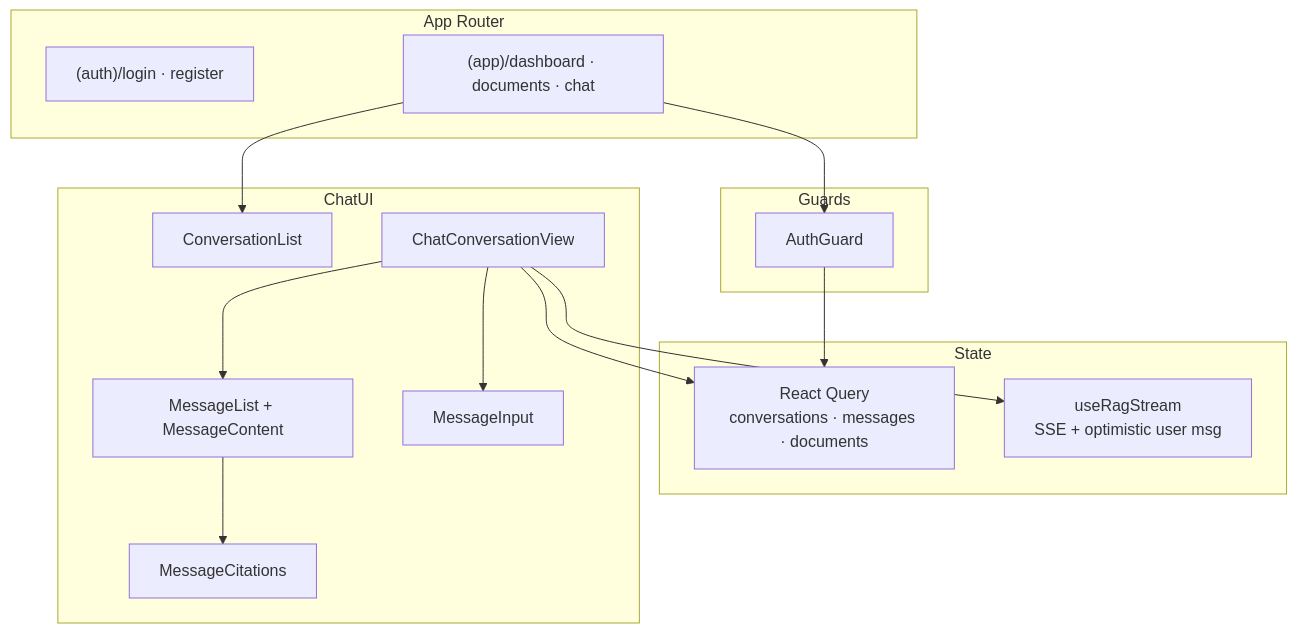
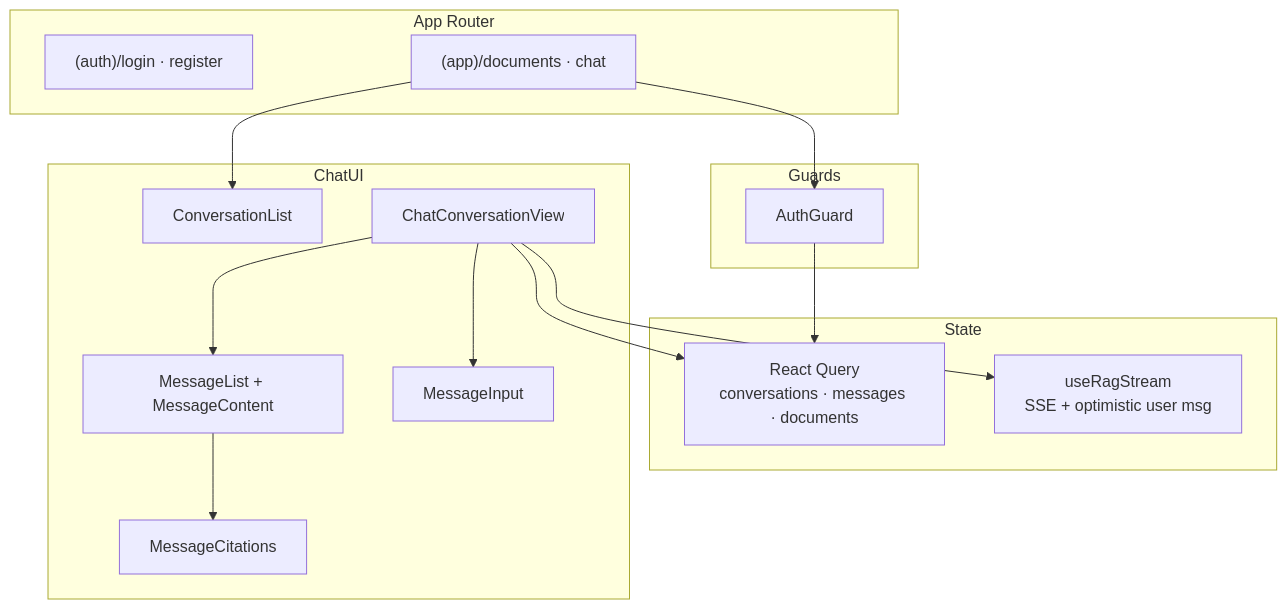
The ninth of 9 diagrams in README.md (orpazavdaev/AIChat), drawn with Mermaid before and after one commit. The commit also changed other lines of this file and 6 other files, not shown here.

````diff
--- a/README.md
+++ b/README.md
@@ -431,33 +431,33 @@
 ```mermaid
 flowchart TB
   subgraph Routes["App Router"]
     Auth["(auth)/login · register"]
-    App["(app)/dashboard · documents · chat"]
+    App["(app)/documents · chat"]
   end
 
   subgraph Guards
     AG[AuthGuard]
   end
 
   subgraph State
     RQ[React Query<br/>conversations · messages · documents]
     Stream[useRagStream<br/>SSE + optimistic user msg]
   end
 
   subgraph ChatUI
     CL[ConversationList]
     CV[ChatConversationView]
     ML[MessageList + MessageContent]
     MC[MessageCitations]
     MI[MessageInput]
   end
 
   App --> AG
   AG --> RQ
   CV --> Stream
   CV --> RQ
   CV --> ML
   ML --> MC
   CV --> MI
   App --> CL
 ```
````
